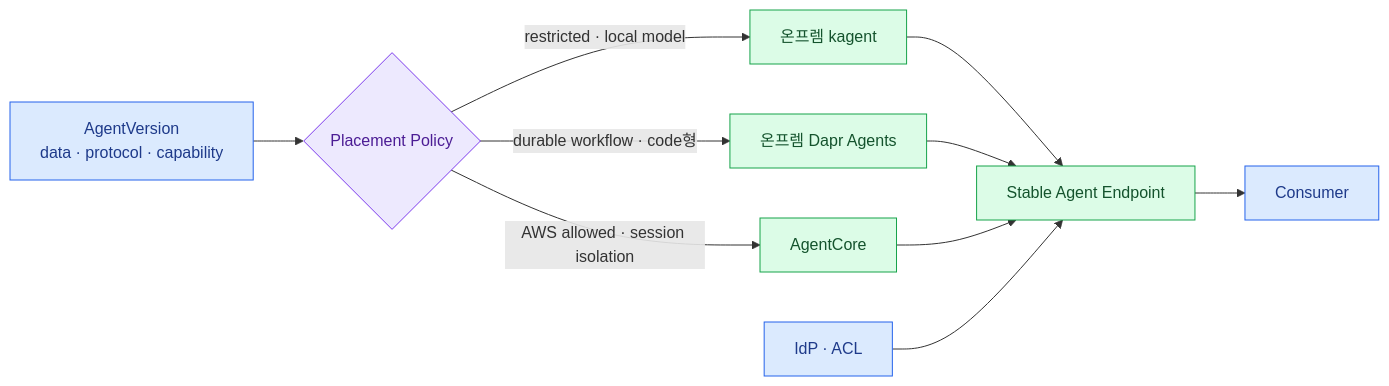
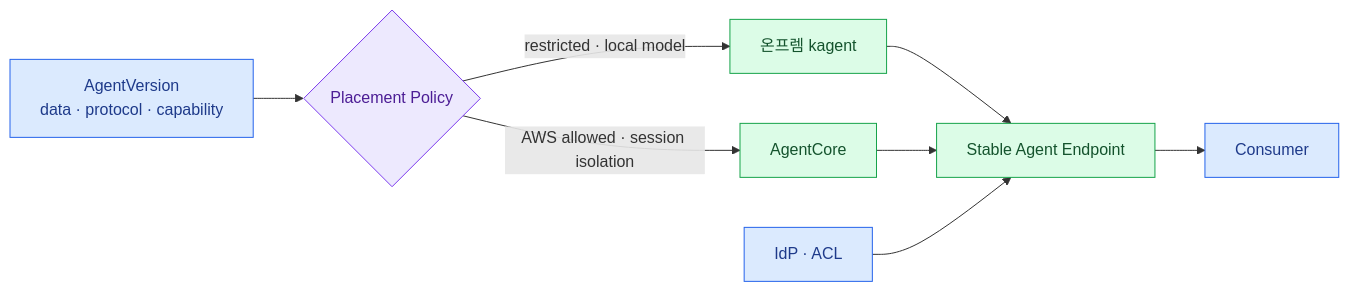
Before and after one commit to mechurak/study-starlight: the diagram in src/content/docs/agent-platform/14-hybrid.mdx, drawn with Mermaid. The commit also changed other lines of this file and 15 other files, not shown here.

````diff
--- a/src/content/docs/agent-platform/14-hybrid.mdx
+++ b/src/content/docs/agent-platform/14-hybrid.mdx
@@ -22,19 +22,17 @@
 ```mermaid
 flowchart LR
     SPEC["AgentVersion<br/>data · protocol · capability"] --> PLACE{"Placement Policy"}
     PLACE -->|"restricted · local model"| KAG["온프렘 kagent"]
-    PLACE -->|"durable workflow · code형"| DAPR["온프렘 Dapr Agents"]
     PLACE -->|"AWS allowed · session isolation"| ACR["AgentCore"]
     KAG --> ROUTE["Stable Agent Endpoint"]
-    DAPR --> ROUTE
     ACR --> ROUTE
     IDP["IdP · ACL"] --> ROUTE
     ROUTE --> USER["Consumer"]
 
     classDef key fill:#dbeafe,stroke:#2563eb,color:#1e3a8a
     classDef zone fill:#ede9fe,stroke:#7c3aed,color:#4c1d95
     classDef ok fill:#dcfce7,stroke:#16a34a,color:#14532d
     class SPEC,IDP,USER key
     class PLACE zone
-    class KAG,DAPR,ACR,ROUTE ok
+    class KAG,ACR,ROUTE ok
 ```
````
